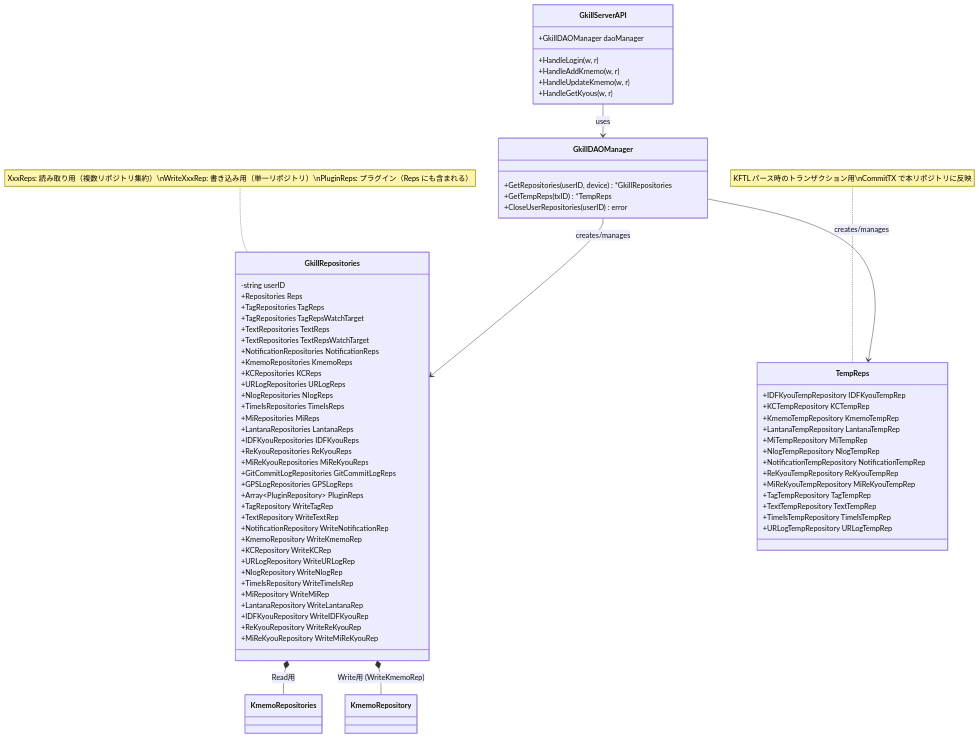
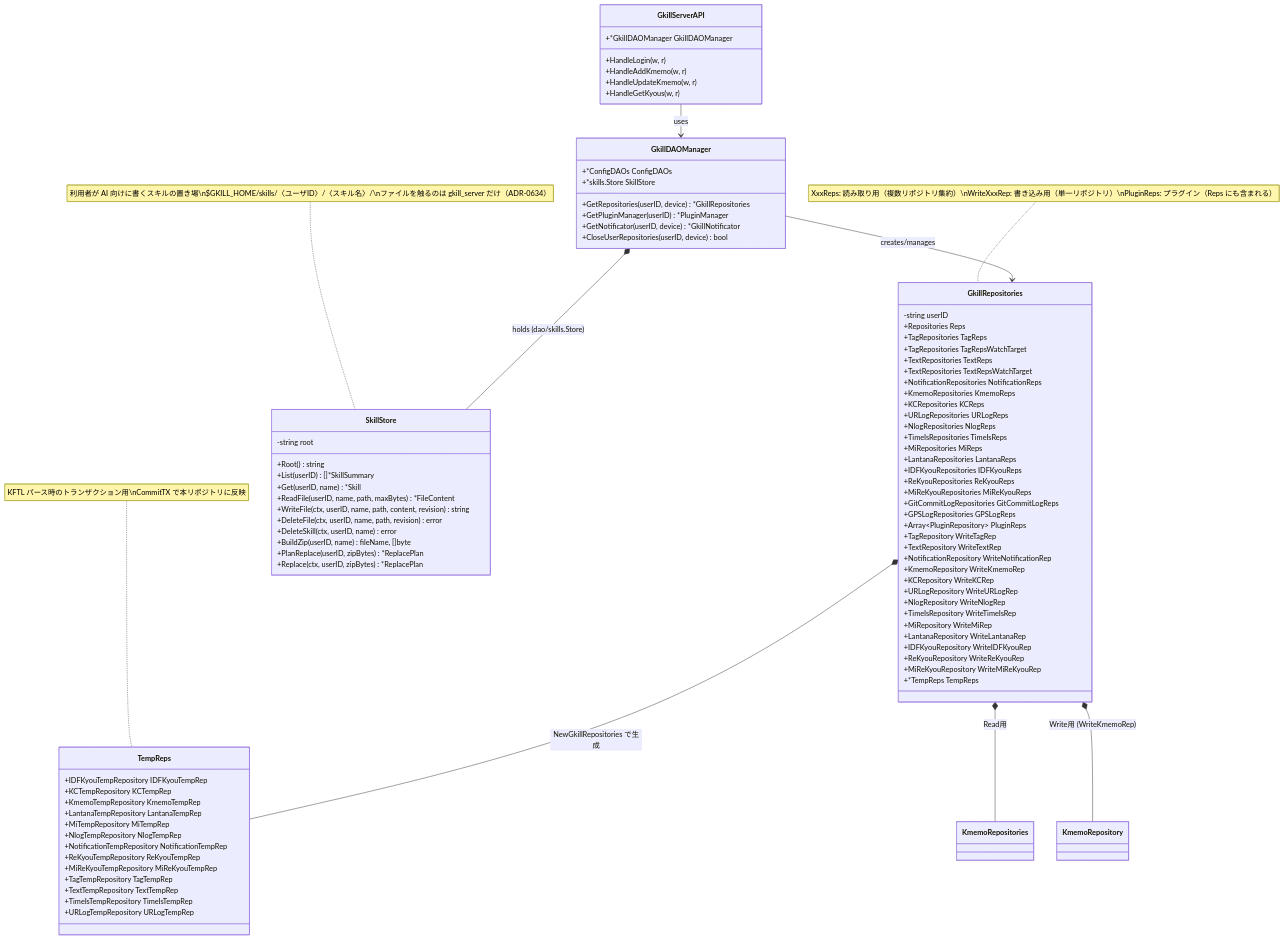
Before and after one commit to mt3hr/gkill: the third of 8 diagrams in documents/reverse/class-diagrams.md, drawn with Mermaid. The commit also changed 38 other files, not shown here.

````diff
--- a/documents/reverse/class-diagrams.md
+++ b/documents/reverse/class-diagrams.md
@@ -336,6 +336,7 @@
         +IDFKyouRepository WriteIDFKyouRep
         +ReKyouRepository WriteReKyouRep
         +MiReKyouRepository WriteMiReKyouRep
+        +*TempReps TempReps
     }
 
     class TempReps {
@@ -355,26 +356,45 @@
     }
 
     class GkillDAOManager {
+        +*ConfigDAOs ConfigDAOs
+        +*skills.Store SkillStore
         +GetRepositories(userID, device) *GkillRepositories
-        +GetTempReps(txID) *TempReps
-        +CloseUserRepositories(userID) error
+        +GetPluginManager(userID) *PluginManager
+        +GetNotificator(userID, device) *GkillNotificator
+        +CloseUserRepositories(userID, device) bool
+    }
+
+    class SkillStore {
+        -string root
+        +Root() string
+        +List(userID) []*SkillSummary
+        +Get(userID, name) *Skill
+        +ReadFile(userID, name, path, maxBytes) *FileContent
+        +WriteFile(ctx, userID, name, path, content, revision) string
+        +DeleteFile(ctx, userID, name, path, revision) error
+        +DeleteSkill(ctx, userID, name) error
+        +BuildZip(userID, name) fileName, []byte
+        +PlanReplace(userID, zipBytes) *ReplacePlan
+        +Replace(ctx, userID, zipBytes) *ReplacePlan
     }
 
     class GkillServerAPI {
-        +GkillDAOManager daoManager
+        +*GkillDAOManager GkillDAOManager
         +HandleLogin(w, r)
         +HandleAddKmemo(w, r)
         +HandleUpdateKmemo(w, r)
         +HandleGetKyous(w, r)
-        %% 残り86エンドポイント省略（合計90登録）
+        %% 残り93エンドポイント省略（合計97登録）
     }
 
     GkillServerAPI --> GkillDAOManager : uses
     GkillDAOManager --> GkillRepositories : creates/manages
-    GkillDAOManager --> TempReps : creates/manages
+    GkillDAOManager *-- SkillStore : holds (dao/skills.Store)
+    GkillRepositories *-- TempReps : NewGkillRepositories で生成
     GkillRepositories *-- KmemoRepositories : Read用
     GkillRepositories *-- KmemoRepository : Write用 (WriteKmemoRep)
 
     note for GkillRepositories "XxxReps: 読み取り用（複数リポジトリ集約）\nWriteXxxRep: 書き込み用（単一リポジトリ）\nPluginReps: プラグイン（Reps にも含まれる）"
     note for TempReps "KFTL パース時のトランザクション用\nCommitTX で本リポジトリに反映"
+    note for SkillStore "利用者が AI 向けに書くスキルの置き場\n$GKILL_HOME/skills/〈ユーザID〉/〈スキル名〉/\nファイルを触るのは gkill_server だけ（ADR-0634）"
 ```
````
